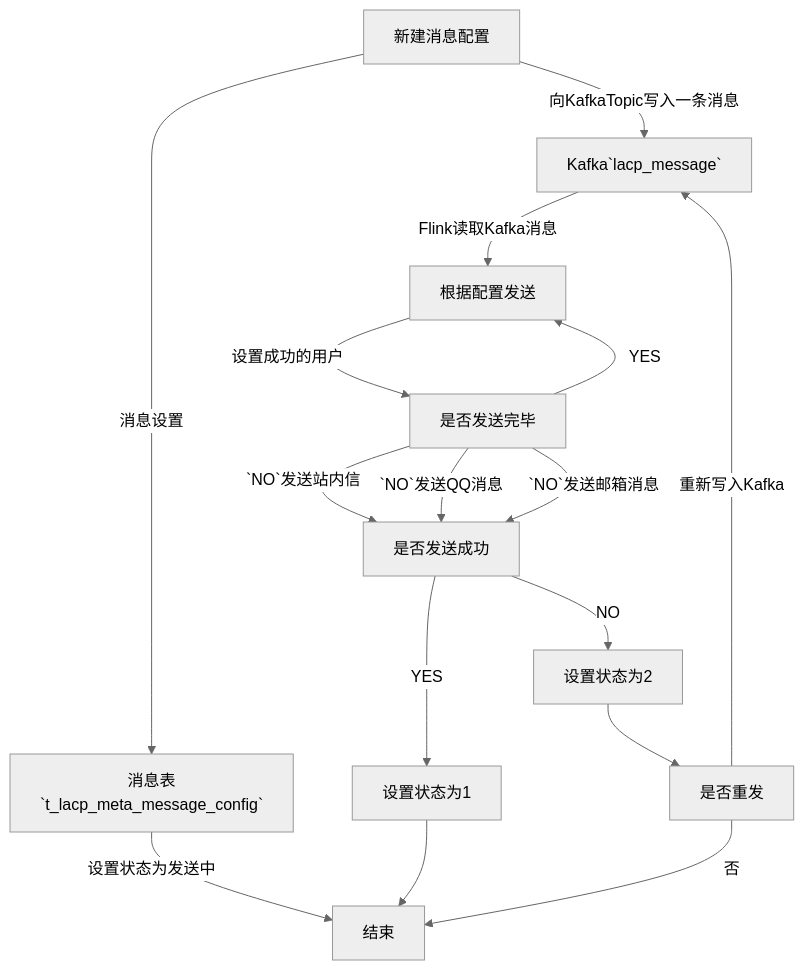
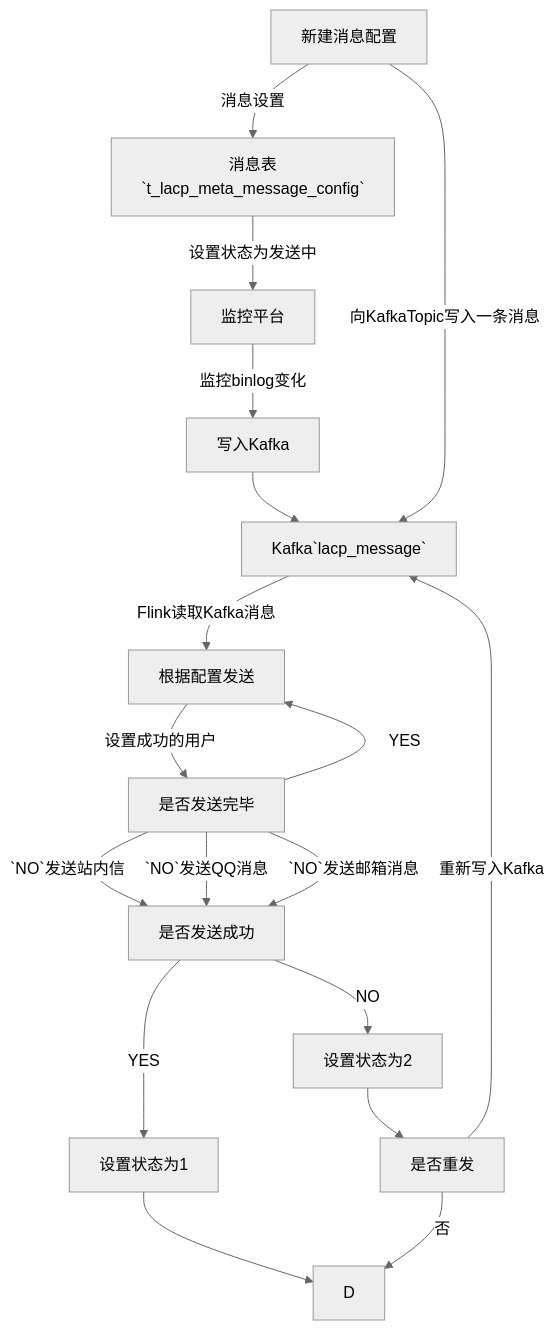
One commit to misaki10032/lacp_doc changed the second of 3 diagrams in 学习交流平台/学习交流平台.md. Above: the diagram before and after it, drawn with Mermaid (neutral theme). The commit also changed other lines of this file and 1 other file, not shown here.

````diff
--- a/学习交流平台/学习交流平台.md
+++ b/学习交流平台/学习交流平台.md
@@ -735,15 +735,15 @@
 ```mermaid
 flowchart TD
-	A[新建消息配置] -- 消息设置 --> B[消息表`t_lacp_meta_message_config`] -- 设置状态为发送中 --> D[结束];
+	A[新建消息配置] -- 消息设置 --> B[消息表`t_lacp_meta_message_config`] -- 设置状态为发送中 --> Q[监控平台] -- 监控binlog变化 --> O[写入Kafka] --> C;
 	A -- 向KafkaTopic写入一条消息 --> C[Kafka`lacp_message`];
 	C -- Flink读取Kafka消息 --> E[根据配置发送] -- 设置成功的用户 --> M[是否发送完毕];
 	M -- `NO`发送站内信 --> F[是否发送成功];
 	M -- `NO`发送QQ消息 --> F;
 	M -- `NO`发送邮箱消息 --> F;
 	M -- YES --> E;
 	F -- YES -->G[设置状态为1] --> D;
 	F -- NO --> H[设置状态为2];
 	H --> I[是否重发];
 	I -- 否 --> D;
 	I -- 重新写入Kafka --> C
 ```
````
